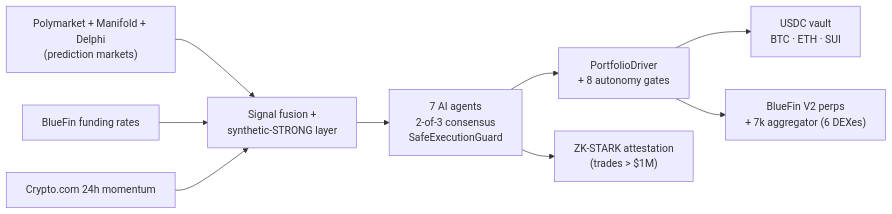
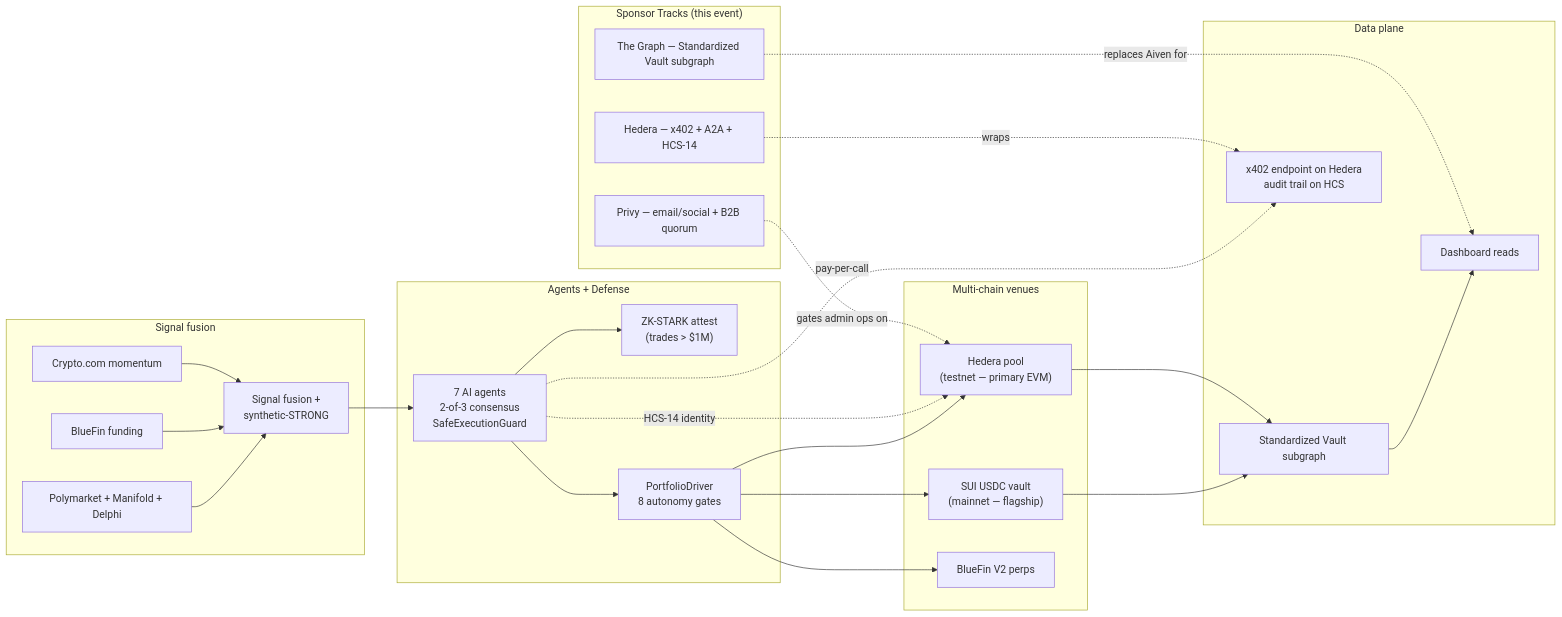
One commit to ZkVanguard/ZkWard changed the diagram in README.md. Above: the diagram before and after it, drawn with Mermaid. The commit also changed other lines of this file, not shown here.

````diff
--- a/README.md
+++ b/README.md
@@ -114,11 +146,39 @@
 ```mermaid
 flowchart LR
-    PM["Polymarket + Manifold + Delphi<br/>(prediction markets)"] --> SF
-    BF["BlueFin funding rates"] --> SF
-    CDC["Crypto.com 24h momentum"] --> SF
-    SF["Signal fusion +<br/>synthetic-STRONG layer"] --> AG
-    AG["7 AI agents<br/>2-of-3 consensus<br/>SafeExecutionGuard"] --> PD
-    AG --> ZK["ZK-STARK attestation<br/>(trades > $1M)"]
-    PD["PortfolioDriver<br/>+ 8 autonomy gates"] --> VA["USDC vault<br/>BTC · ETH · SUI"]
-    PD --> PERP["BlueFin V2 perps<br/>+ 7k aggregator (6 DEXes)"]
+    subgraph "Sponsor Tracks (this event)"
+      Hedera["Hedera — x402 + A2A + HCS-14"]
+      Graph["The Graph — Standardized Vault subgraph"]
+      Privy["Privy — email/social + B2B quorum"]
+    end
+
+    subgraph "Signal fusion"
+      PM["Polymarket + Manifold + Delphi"] --> SF
+      BF["BlueFin funding"] --> SF
+      CDC["Crypto.com momentum"] --> SF
+      SF["Signal fusion +<br/>synthetic-STRONG"]
+    end
+
+    subgraph "Agents + Defense"
+      SF --> AG["7 AI agents<br/>2-of-3 consensus<br/>SafeExecutionGuard"]
+      AG --> ZK["ZK-STARK attest<br/>(trades > $1M)"]
+      AG --> PD["PortfolioDriver<br/>8 autonomy gates"]
+    end
+
+    subgraph "Multi-chain venues"
+      PD --> SUI["SUI USDC vault<br/>(mainnet — flagship)"]
+      PD --> HED["Hedera pool<br/>(testnet — primary EVM)"]
+      PD --> PERP["BlueFin V2 perps"]
+    end
+
+    subgraph "Data plane"
+      SUI --> GRAPH_IDX["Standardized Vault subgraph"]
+      HED --> GRAPH_IDX
+      GRAPH_IDX --> DASH["Dashboard reads"]
+      AG -.pay-per-call.-> HEDX402["x402 endpoint on Hedera<br/>audit trail on HCS"]
+      AG -.HCS-14 identity.-> HED
+    end
+
+    Hedera -.wraps.-> HEDX402
+    Graph -.replaces Aiven for.-> DASH
+    Privy -.gates admin ops on.-> HED
 ```
````
